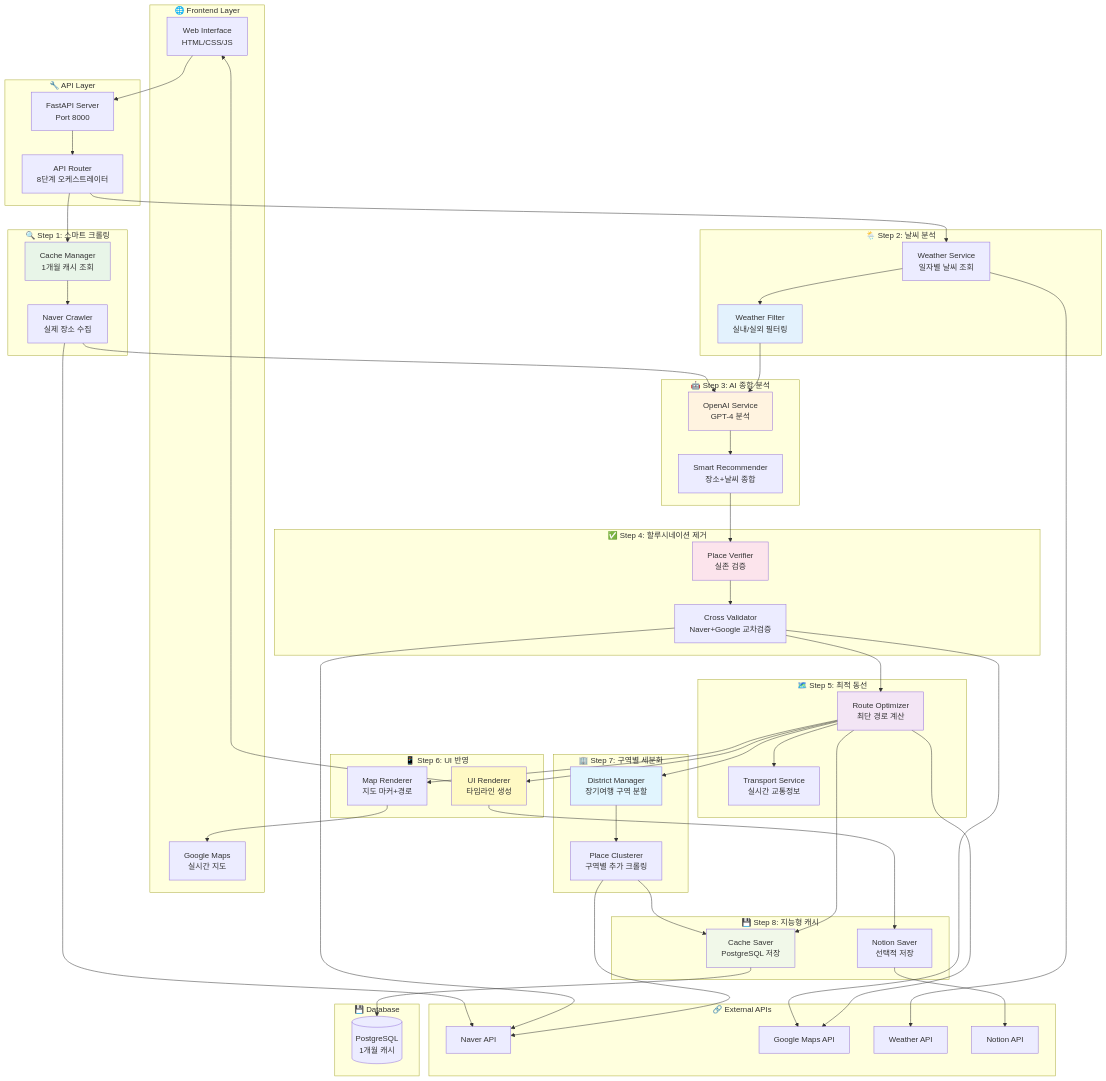
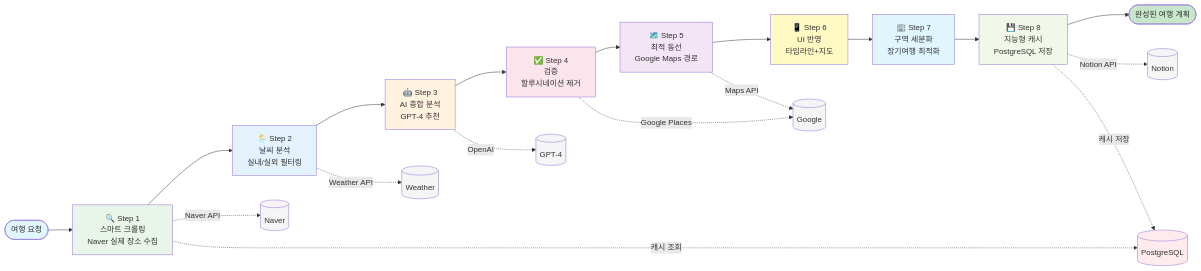
Before and after one commit to idle0403/travel-recommend-korea: the second of 3 diagrams in README.MD, drawn with Mermaid. The commit also changed other lines of this file, not shown here.

Commit message:
readme.md update

````diff
--- a/README.MD
+++ b/README.MD
@@ -25,121 +41,43 @@
 ```mermaid
-graph TB
-    subgraph "🌐 Frontend Layer"
-        UI[Web Interface<br/>HTML/CSS/JS]
-        MAP[Google Maps<br/>실시간 지도]
-    end
+graph LR
+    Start([여행 요청]) --> Step1
     
-    subgraph "🔧 API Layer"
-        FAST[FastAPI Server<br/>Port 8000]
-        ROUTER[API Router<br/>8단계 오케스트레이터]
-    end
+    Step1[🔍 Step 1<br/>스마트 크롤링<br/>Naver 실제 장소 수집] --> Step2
+    Step2[🌦️ Step 2<br/>날씨 분석<br/>실내/실외 필터링] --> Step3
+    Step3[🤖 Step 3<br/>AI 종합 분석<br/>GPT-4 추천] --> Step4
+    Step4[✅ Step 4<br/>검증<br/>할루시네이션 제거] --> Step5
+    Step5[🗺️ Step 5<br/>최적 동선<br/>Google Maps 경로] --> Step6
+    Step6[📱 Step 6<br/>UI 반영<br/>타임라인+지도] --> Step7
+    Step7[🏢 Step 7<br/>구역 세분화<br/>장기여행 최적화] --> Step8
+    Step8[💾 Step 8<br/>지능형 캐시<br/>PostgreSQL 저장] --> End([완성된 여행 계획])
     
-    subgraph "🔍 Step 1: 스마트 크롤링"
-        CACHE[Cache Manager<br/>1개월 캐시 조회]
-        CRAWLER[Naver Crawler<br/>실제 장소 수집]
-    end
+    %% External APIs
+    Step1 -.Naver API.-> API1[(Naver)]
+    Step2 -.Weather API.-> API2[(Weather)]
+    Step3 -.OpenAI.-> API3[(GPT-4)]
+    Step4 -.Google Places.-> API4[(Google)]
+    Step5 -.Maps API.-> API4
+    Step8 -.Notion API.-> API5[(Notion)]
     
-    subgraph "🌦️ Step 2: 날씨 분석"
-        WEATHER_SVC[Weather Service<br/>일자별 날씨 조회]
-        WEATHER_FILTER[Weather Filter<br/>실내/실외 필터링]
-    end
-    
-    subgraph "🤖 Step 3: AI 종합 분석"
-        AI_SERVICE[OpenAI Service<br/>GPT-4 분석]
-        RECOMMENDATION[Smart Recommender<br/>장소+날씨 종합]
-    end
-    
-    subgraph "✅ Step 4: 할루시네이션 제거"
-        VERIFIER[Place Verifier<br/>실존 검증]
-        VALIDATOR[Cross Validator<br/>Naver+Google 교차검증]
-    end
-    
-    subgraph "🗺️ Step 5: 최적 동선"
-        ROUTE_OPT[Route Optimizer<br/>최단 경로 계산]
-        TRANSPORT[Transport Service<br/>실시간 교통정보]
-    end
-    
-    subgraph "📱 Step 6: UI 반영"
-        UI_RENDERER[UI Renderer<br/>타임라인 생성]
-        MAP_RENDERER[Map Renderer<br/>지도 마커+경로]
-    end
-    
-    subgraph "🏢 Step 7: 구역별 세분화"
-        DISTRICT[District Manager<br/>장기여행 구역 분할]
-        CLUSTER[Place Clusterer<br/>구역별 추가 크롤링]
-    end
-    
-    subgraph "💾 Step 8: 지능형 캐시"
-        CACHE_SAVE[Cache Saver<br/>PostgreSQL 저장]
-        NOTION_SAVE[Notion Saver<br/>선택적 저장]
-    end
-    
-    subgraph "🔗 External APIs"
-        NAVER[Naver API]
-        GMAPS[Google Maps API]
-        WEATHER[Weather API]
-        NOTION[Notion API]
-    end
-    
-    subgraph "💾 Database"
-        POSTGRES[(PostgreSQL<br/>1개월 캐시)]
-    end
-    
-    %% Flow connections
-    UI --> FAST
-    FAST --> ROUTER
-    
-    %% Step 1
-    ROUTER --> CACHE
-    CACHE --> CRAWLER
-    CRAWLER --> NAVER
-    
-    %% Step 2
-    ROUTER --> WEATHER_SVC
-    WEATHER_SVC --> WEATHER
-    WEATHER_SVC --> WEATHER_FILTER
-    
-    %% Step 3
-    CRAWLER --> AI_SERVICE
-    WEATHER_FILTER --> AI_SERVICE
-    AI_SERVICE --> RECOMMENDATION
-    
-    %% Step 4
-    RECOMMENDATION --> VERIFIER
-    VERIFIER --> VALIDATOR
-    VALIDATOR --> NAVER
-    VALIDATOR --> GMAPS
-    
-    %% Step 5
-    VALIDATOR --> ROUTE_OPT
-    ROUTE_OPT --> GMAPS
-    ROUTE_OPT --> TRANSPORT
-    
-    %% Step 6
-    ROUTE_OPT --> UI_RENDERER
-    ROUTE_OPT --> MAP_RENDERER
-    MAP_RENDERER --> MAP
-    UI_RENDERER --> UI
-    
-    %% Step 7
-    ROUTE_OPT --> DISTRICT
-    DISTRICT --> CLUSTER
-    CLUSTER --> NAVER
-    
-    %% Step 8
-    CLUSTER --> CACHE_SAVE
-    ROUTE_OPT --> CACHE_SAVE
-    CACHE_SAVE --> POSTGRES
-    UI_RENDERER --> NOTION_SAVE
-    NOTION_SAVE --> NOTION
+    %% Database
+    Step1 -.캐시 조회.-> DB[(PostgreSQL)]
+    Step8 -.캐시 저장.-> DB
     
     %% Styling
-    style CACHE fill:#e8f5e8
-    style WEATHER_FILTER fill:#e3f2fd
-    style AI_SERVICE fill:#fff3e0
-    style VERIFIER fill:#fce4ec
-    style ROUTE_OPT fill:#f3e5f5
-    style UI_RENDERER fill:#fff9c4
-    style DISTRICT fill:#e1f5fe
-    style CACHE_SAVE fill:#f1f8e9
+    style Start fill:#e1f5fe
+    style End fill:#c8e6c9
+    style Step1 fill:#e8f5e8
+    style Step2 fill:#e3f2fd
+    style Step3 fill:#fff3e0
+    style Step4 fill:#fce4ec
+    style Step5 fill:#f3e5f5
+    style Step6 fill:#fff9c4
+    style Step7 fill:#e1f5fe
+    style Step8 fill:#f1f8e9
+    style DB fill:#ffebee
+    style API1 fill:#f5f5f5
+    style API2 fill:#f5f5f5
+    style API3 fill:#f5f5f5
+    style API4 fill:#f5f5f5
+    style API5 fill:#f5f5f5
 ```
````
